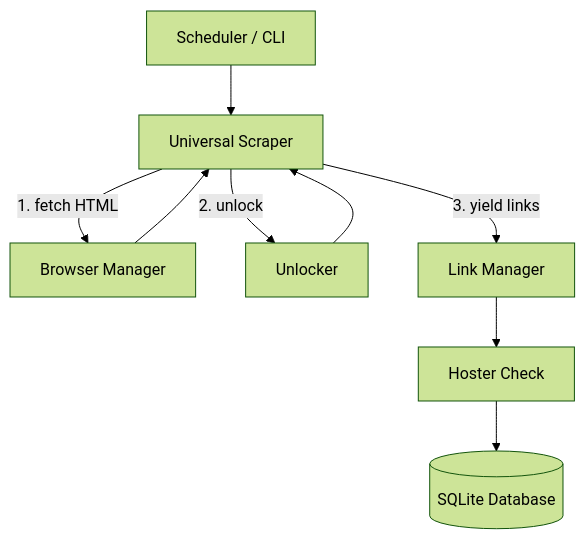
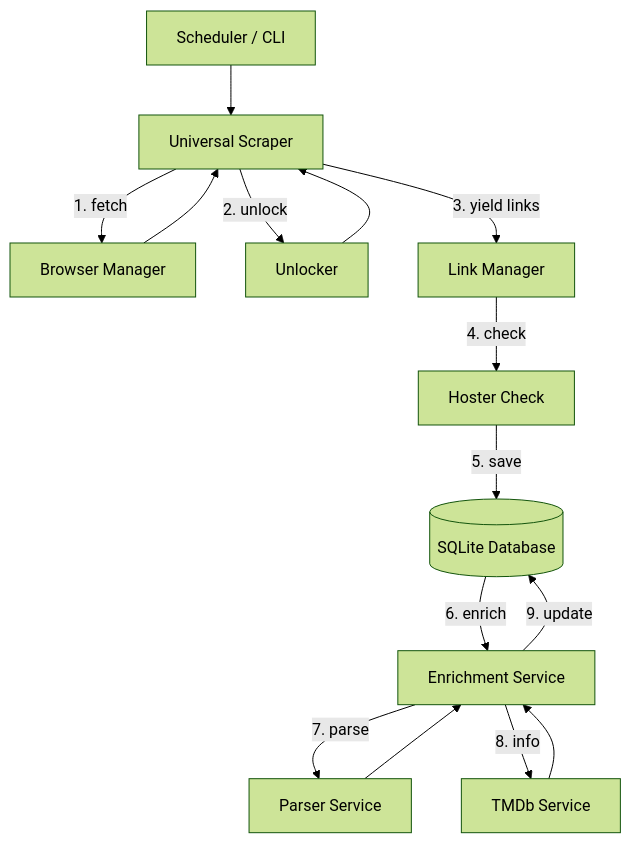
One commit to dmachard/DDL-tower changed the first of 2 diagrams in README.md. Above: the diagram before and after it, drawn with Mermaid (forest theme). The commit also changed other lines of this file, not shown here.

Commit message:
refactor: update system architecture documentation and configure TMDB API key

````diff
--- a/README.md
+++ b/README.md
@@ -238,14 +238,21 @@
 ```mermaid
 graph TD
     SCH[Scheduler / CLI] --> SCR[Universal Scraper]
     
-    SCR -->|1. fetch HTML| BRW[Browser Manager]
+    SCR -->|1. fetch| BRW[Browser Manager]
     BRW --> SCR
     
     SCR -->|2. unlock| UNL[Unlocker]
     UNL --> SCR
     
     SCR -- "3. yield links" --> LNK[Link Manager]
-    LNK --> HST[Hoster Check]
-    HST --> DB[(SQLite Database)]
+    LNK -->|4. check| HST[Hoster Check]
+    HST -->|5. save| DB[(SQLite Database)]
+
+    DB -- "6. enrich" --> ENR[Enrichment Service]
+    ENR -->|7. parse| PRS[Parser Service]
+    PRS --> ENR
+    ENR -->|8. info| TMDB[TMDb Service]
+    TMDB --> ENR
+    ENR -- "9. update" --> DB
 ```
````
